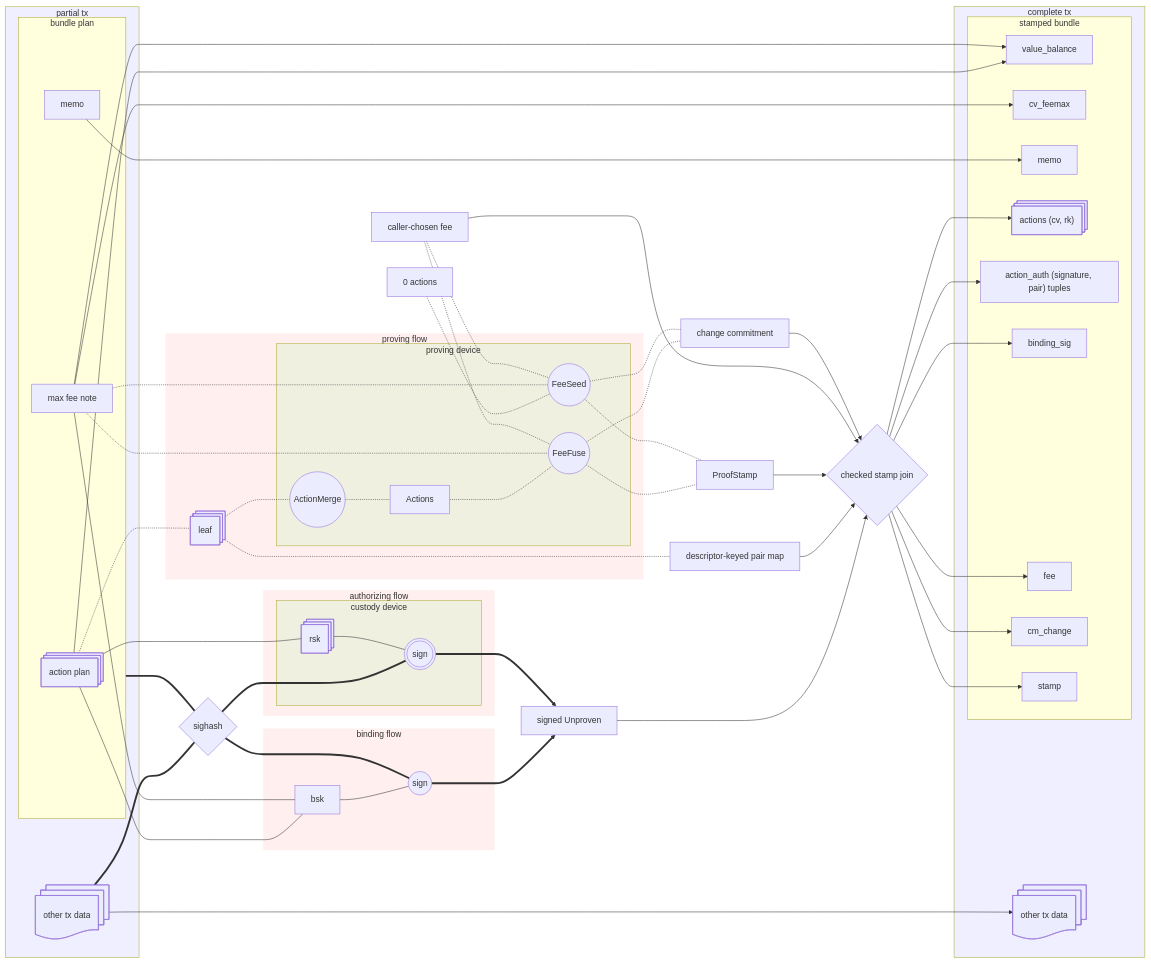
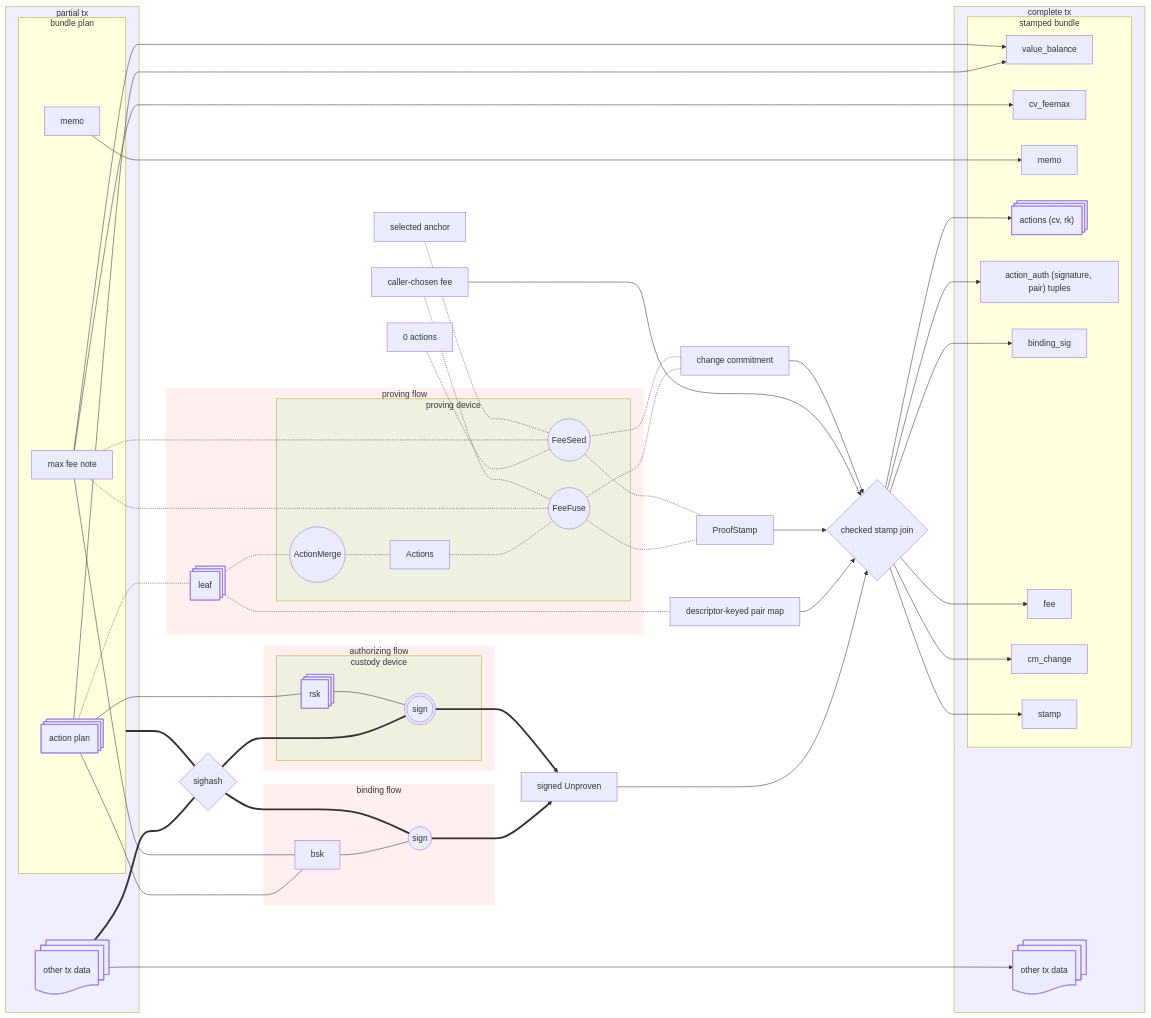
The second of 3 diagrams in book/src/authorization.md (tachyon-zcash/tachyon), drawn with Mermaid before and after one commit. The commit also changed other lines of this file and 4 other files, not shown here.

```diff
--- a/book/src/authorization.md
+++ b/book/src/authorization.md
@@ -240,7 +240,8 @@
     leaf -.- pairs["descriptor-keyed pair map"]
     zero_actions["0 actions"] -.- fee_seed -.- proved_stamp
     max_fee_note -.- fee_fuse & fee_seed -.- proved_change["change commitment"]
-    chosen_fee["caller-chosen fee"] -.- fee_fuse & fee_seed
+    chosen_fee["caller-chosen fee"] -.- fee_fuse
+    selected_anchor["selected anchor"] -.- fee_seed
 
 
     sighash ~~~ binding
```
